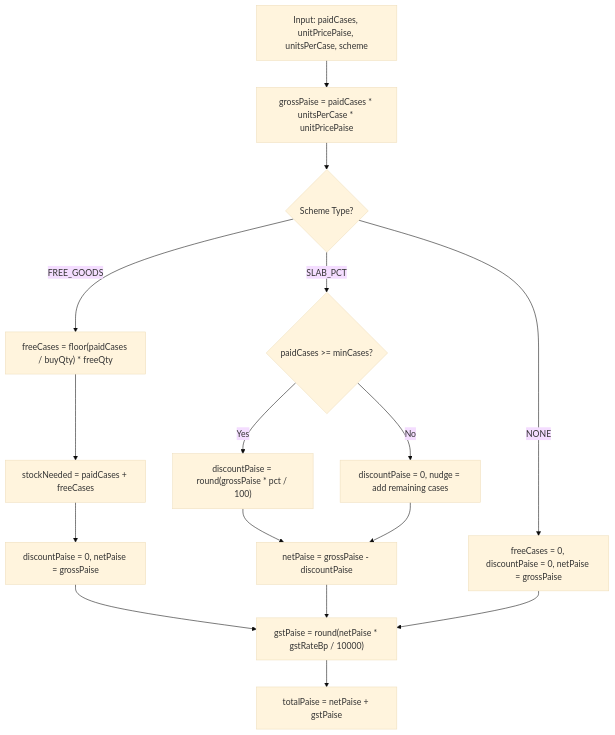
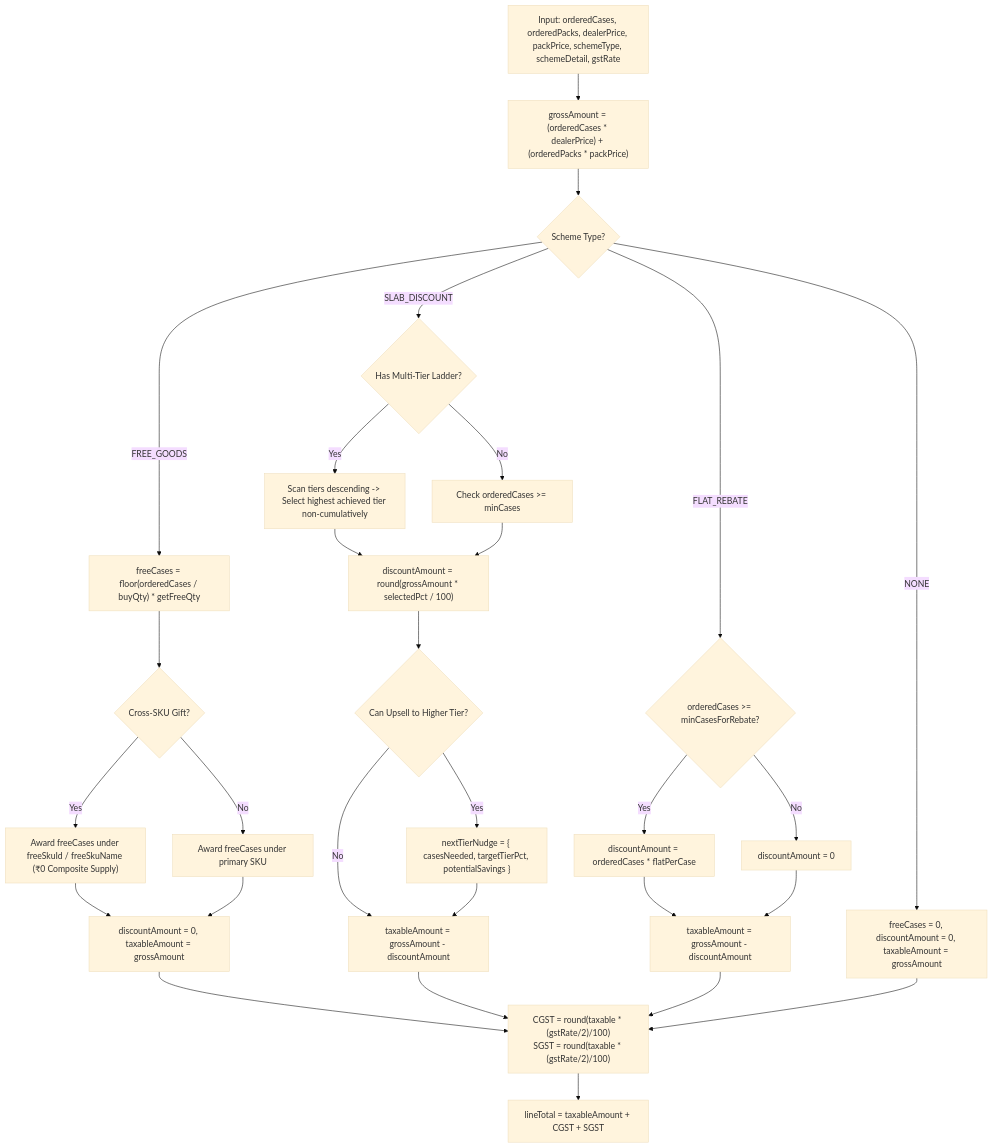
The first of 11 diagrams in PS4_Distributor_Complete_Flow_And_Architecture.md (manva-niso/Distributor-Order-Management-System), drawn with Mermaid (base theme) before and after one commit. The commit also changed other lines of this file and 31 other files, not shown here.

````diff
--- a/PS4_Distributor_Complete_Flow_And_Architecture.md
+++ b/PS4_Distributor_Complete_Flow_And_Architecture.md
@@ -569,22 +605,37 @@
 ```mermaid
 flowchart TD
-    Start["Input: paidCases, unitPricePaise, unitsPerCase, scheme"] --> Gross["grossPaise = paidCases * unitsPerCase * unitPricePaise"]
+    Start["Input: orderedCases, orderedPacks, dealerPrice, packPrice, schemeType, schemeDetail, gstRate"] --> Gross["grossAmount = (orderedCases * dealerPrice) + (orderedPacks * packPrice)"]
     Gross --> CheckType{"Scheme Type?"}
     
-    CheckType -->|FREE_GOODS| FreeCalc["freeCases = floor(paidCases / buyQty) * freeQty"]
-    FreeCalc --> FreeStock["stockNeeded = paidCases + freeCases"]
-    FreeStock --> FreeDone["discountPaise = 0, netPaise = grossPaise"]
+    CheckType -->|FREE_GOODS| FreeCalc["freeCases = floor(orderedCases / buyQty) * getFreeQty"]
+    FreeCalc --> CrossCheck{"Cross-SKU Gift?"}
+    CrossCheck -->|Yes| GiftSecondary["Award freeCases under freeSkuId / freeSkuName (₹0 Composite Supply)"]
+    CrossCheck -->|No| GiftPrimary["Award freeCases under primary SKU"]
+    GiftSecondary --> FreeDone["discountAmount = 0, taxableAmount = grossAmount"]
+    GiftPrimary --> FreeDone
     
-    CheckType -->|SLAB_PCT| SlabCheck{"paidCases >= minCases?"}
-    SlabCheck -->|Yes| SlabApply["discountPaise = round(grossPaise * pct / 100)"]
-    SlabCheck -->|No| SlabZero["discountPaise = 0, nudge = add remaining cases"]
-    SlabApply --> SlabDone["netPaise = grossPaise - discountPaise"]
-    SlabZero --> SlabDone
+    CheckType -->|SLAB_DISCOUNT| LadderCheck{"Has Multi-Tier Ladder?"}
+    LadderCheck -->|Yes| MultiLadder["Scan tiers descending -> Select highest achieved tier non-cumulatively"]
+    LadderCheck -->|No| SingleSlab["Check orderedCases >= minCases"]
+    MultiLadder --> ApplySlab["discountAmount = round(grossAmount * selectedPct / 100)"]
+    SingleSlab --> ApplySlab
+    ApplySlab --> NudgeCheck{"Can Upsell to Higher Tier?"}
+    NudgeCheck -->|Yes| AddNudge["nextTierNudge = { casesNeeded, targetTierPct, potentialSavings }"]
+    NudgeCheck -->|No| SlabDone["taxableAmount = grossAmount - discountAmount"]
+    AddNudge --> SlabDone
     
-    CheckType -->|NONE| NoScheme["freeCases = 0, discountPaise = 0, netPaise = grossPaise"]
+    CheckType -->|FLAT_REBATE| RebateCheck{"orderedCases >= minCasesForRebate?"}
+    RebateCheck -->|Yes| ApplyRebate["discountAmount = orderedCases * flatPerCase"]
+    RebateCheck -->|No| ZeroRebate["discountAmount = 0"]
+    ApplyRebate --> RebateDone["taxableAmount = grossAmount - discountAmount"]
+    ZeroRebate --> RebateDone
     
-    FreeDone --> Tax["gstPaise = round(netPaise * gstRateBp / 10000)"]
+    CheckType -->|NONE| NoScheme["freeCases = 0, discountAmount = 0, taxableAmount = grossAmount"]
+    
+    FreeDone --> Tax["CGST = round(taxable * (gstRate/2)/100)<br>SGST = round(taxable * (gstRate/2)/100)"]
     SlabDone --> Tax
+    RebateDone --> Tax
     NoScheme --> Tax
-    Tax --> Final["totalPaise = netPaise + gstPaise"]
+    
+    Tax --> Final["lineTotal = taxableAmount + CGST + SGST"]
 ```
````
